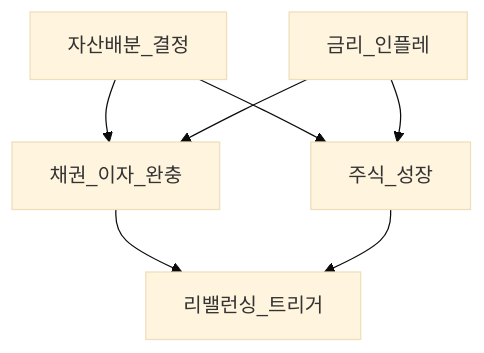
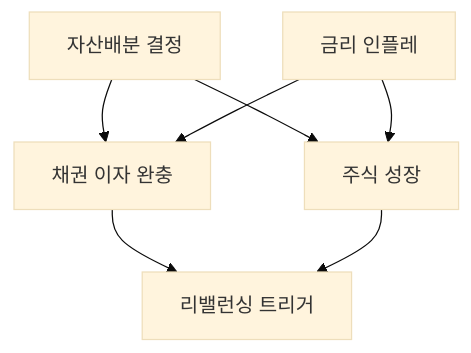
One commit to goldanghenry/Finances changed the second of 2 diagrams in 03-markets/bonds-fixed-income.md. Above: the diagram before and after it, drawn with Mermaid (base theme). The commit also changed other lines of this file and 211 other files, not shown here.

````diff
--- a/03-markets/bonds-fixed-income.md
+++ b/03-markets/bonds-fixed-income.md
@@ -118,9 +127,9 @@
 ```mermaid
 flowchart TD
-  AA[자산배분_결정] --> Eq[주식_성장]
-  AA --> Fi[채권_이자_완충]
-  Macro[금리_인플레] --> Fi
+  AA["자산배분 결정"] --> Eq["주식 성장"]
+  AA --> Fi["채권 이자 완충"]
+  Macro["금리 인플레"] --> Fi
   Macro --> Eq
-  Fi --> Rebal[리밸런싱_트리거]
+  Fi --> Rebal["리밸런싱 트리거"]
   Eq --> Rebal
 ```
````
